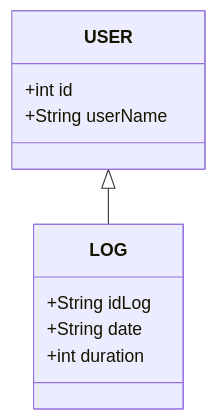
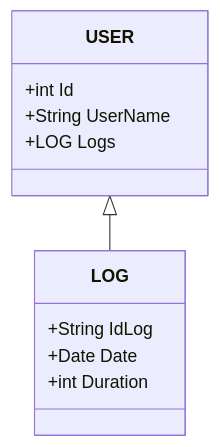
Before and after one commit to Gentleman-Programming/GoBaby: the diagram in documents/entities.mkd, drawn with Mermaid. The commit also changed 9 other files, not shown here.

````diff
--- a/documents/entities.mkd
+++ b/documents/entities.mkd
@@ -6,12 +6,13 @@
 ```mermaid
 classDiagram
 USER <|-- LOG
-USER : +int id
-USER : +String userName
+USER : +int Id
+USER : +String UserName
+USER: +LOG Logs
 
 class LOG{
-+String idLog
-+String date
-+int duration
++String IdLog
++Date Date
++int Duration
 }
 ```
````
